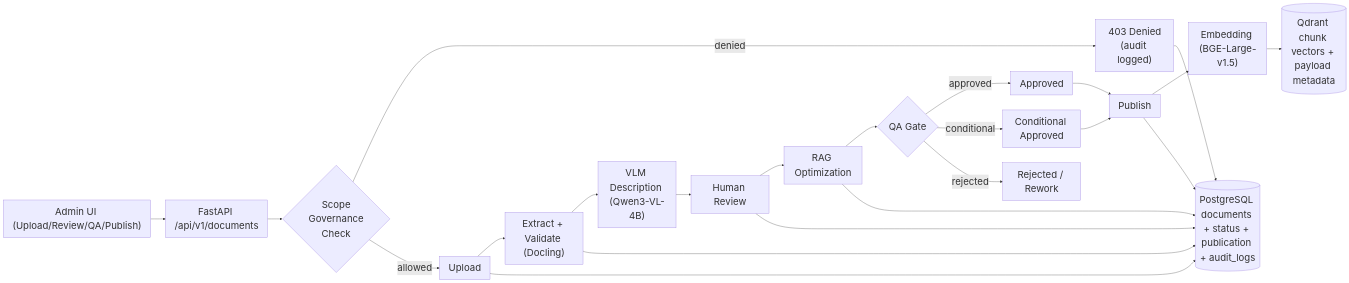
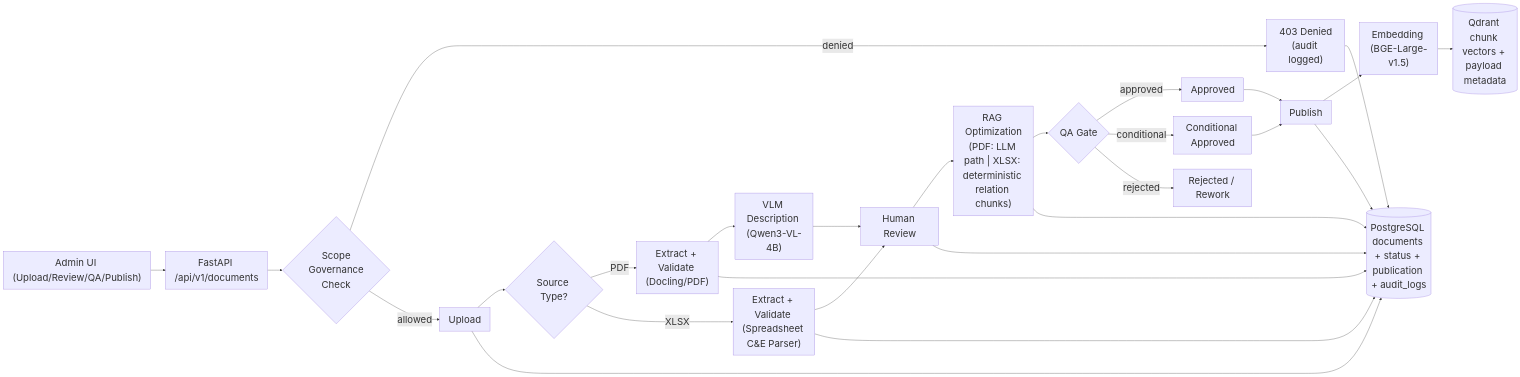
The first of 14 diagrams in docs/capstone/Final_Report.md (abedhossainn/PlantIQ), drawn with Mermaid before and after one commit. The commit also changed other lines of this file and 10 other files, not shown here.

````diff
--- a/docs/capstone/Final_Report.md
+++ b/docs/capstone/Final_Report.md
@@ -282,27 +292,30 @@
 ```mermaid
 %%{init: {'themeVariables': {'fontSize': '32px'}}}%%
 flowchart LR
     %% Admin ingestion path
     UI["Admin UI (Upload/Review/QA/Publish)"] --> API["FastAPI /api/v1/documents"]
     API --> SCOPE{"Scope\nGovernance\nCheck"}
     SCOPE -->|denied| DENY["403 Denied\n(audit logged)"]
-    SCOPE -->|allowed| UPL["Upload"] --> EXT["Extract + Validate (Docling)"] --> VLM["VLM Description (Qwen3-VL-4B)"]
-    VLM --> HR["Human Review"] --> OPT["RAG Optimization"] --> QAG{"QA Gate"}
+   SCOPE -->|allowed| UPL["Upload"] --> ROUTE{"Source Type?"}
+   ROUTE -->|PDF| EXT_PDF["Extract + Validate (Docling/PDF)"] --> VLM["VLM Description (Qwen3-VL-4B)"] --> HR["Human Review"]
+   ROUTE -->|XLSX| EXT_XLSX["Extract + Validate (Spreadsheet C&E Parser)"] --> HR
+   HR --> OPT["RAG Optimization\n(PDF: LLM path | XLSX: deterministic relation chunks)"] --> QAG{"QA Gate"}
 
     %% QA outcomes
     QAG -->|approved| APP["Approved"] --> PUB["Publish"]
     QAG -->|conditional| COND["Conditional Approved"] --> PUB
     QAG -->|rejected| REJ["Rejected / Rework"]
 
     %% Publication to retrieval store
     PUB --> EMB["Embedding (BGE-Large-v1.5)"] --> QD[("Qdrant chunk vectors + payload metadata")]
 
     %% Transaction/audit persistence
     PG[("PostgreSQL documents + status + publication + audit_logs")]
     UPL --> PG
-    EXT --> PG
+   EXT_PDF --> PG
+   EXT_XLSX --> PG
     HR --> PG
     OPT --> PG
     PUB --> PG
     DENY --> PG
 ```
````
